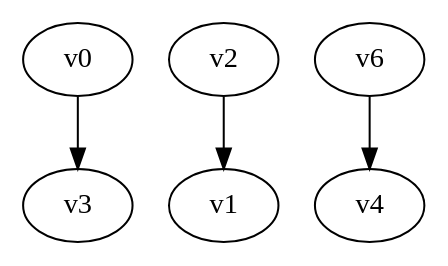
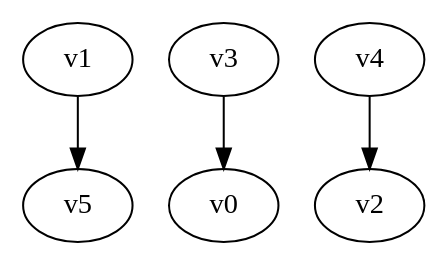
The diagram in digraph.dot (yadej/graph_project), drawn with Graphviz before and after one commit. The commit also changed 1 other file, not shown here.

```diff
--- a/digraph.dot
+++ b/digraph.dot
@@ -1,5 +1,5 @@
 digraph G { 
-v0 -> v3;
-v2 -> v1;
-v6 -> v4;
+v1 -> v5;
+v3 -> v0;
+v4 -> v2;
 }
```
